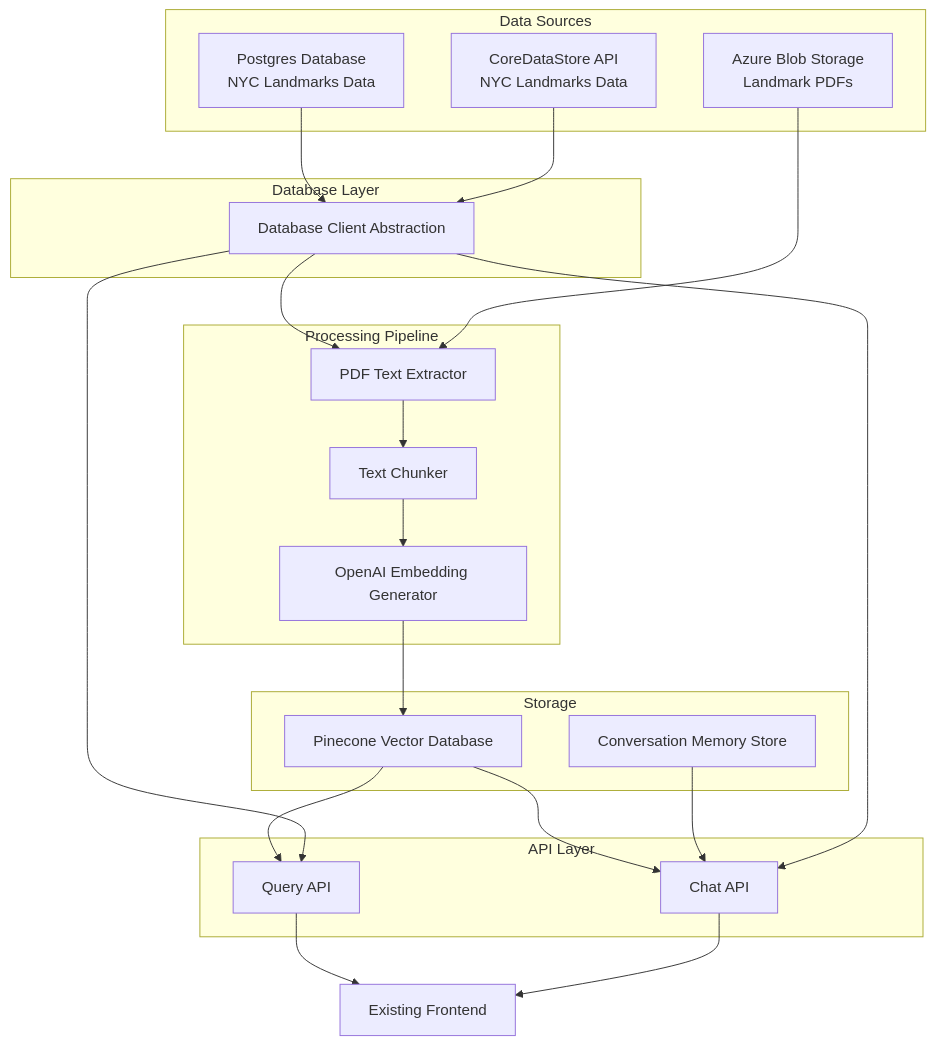
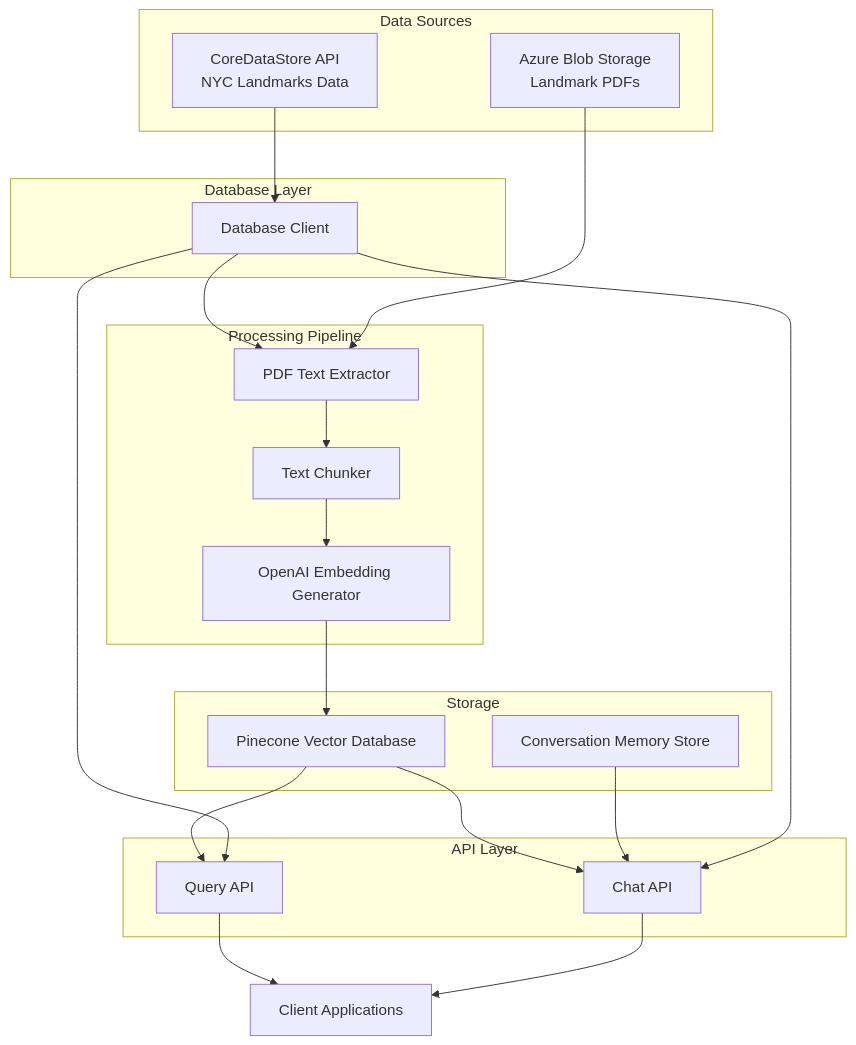
Before and after one commit to stuartshay/nyc-landmarks-vector-db: the diagram in memory-bank/systemPatterns.md, drawn with Mermaid. The commit also changed other lines of this file and 10 other files, not shown here.

````diff
--- a/memory-bank/systemPatterns.md
+++ b/memory-bank/systemPatterns.md
@@ -5,44 +5,42 @@
 ```mermaid
 flowchart TD
     subgraph "Data Sources"
-        A1[Postgres Database\nNYC Landmarks Data]
-        A2[CoreDataStore API\nNYC Landmarks Data]
+        A[CoreDataStore API\nNYC Landmarks Data]
         B[Azure Blob Storage\nLandmark PDFs]
     end
 
     subgraph "Database Layer"
-        DB[Database Client Abstraction]
+        DB[Database Client]
     end
 
     subgraph "Processing Pipeline"
         C[PDF Text Extractor]
         D[Text Chunker]
         E[OpenAI Embedding Generator]
     end
 
     subgraph "Storage"
         F[Pinecone Vector Database]
         G[Conversation Memory Store]
     end
 
     subgraph "API Layer"
         H[Query API]
         I[Chat API]
     end
 
-    A1 --> DB
-    A2 --> DB
+    A --> DB
     DB --> C
     B --> C
     C --> D
     D --> E
     E --> F
     F --> H
     F --> I
     G --> I
     DB --> H
     DB --> I
 
-    H --> J[Existing Frontend]
+    H --> J[Client Applications]
     I --> J
 ```
````
